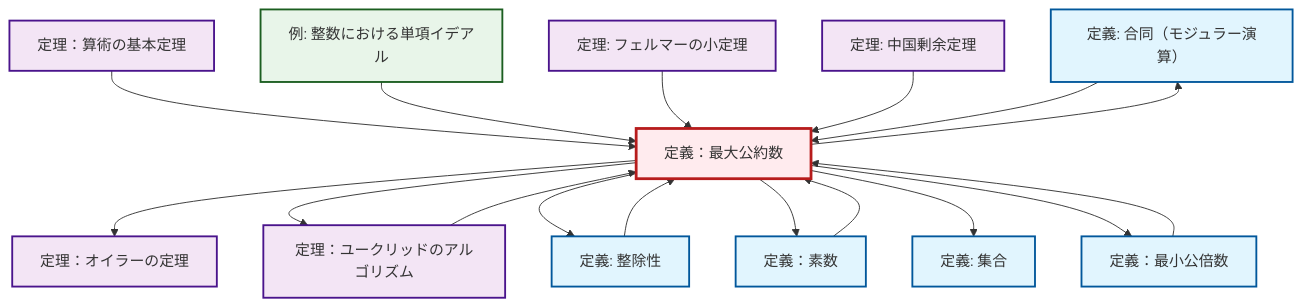
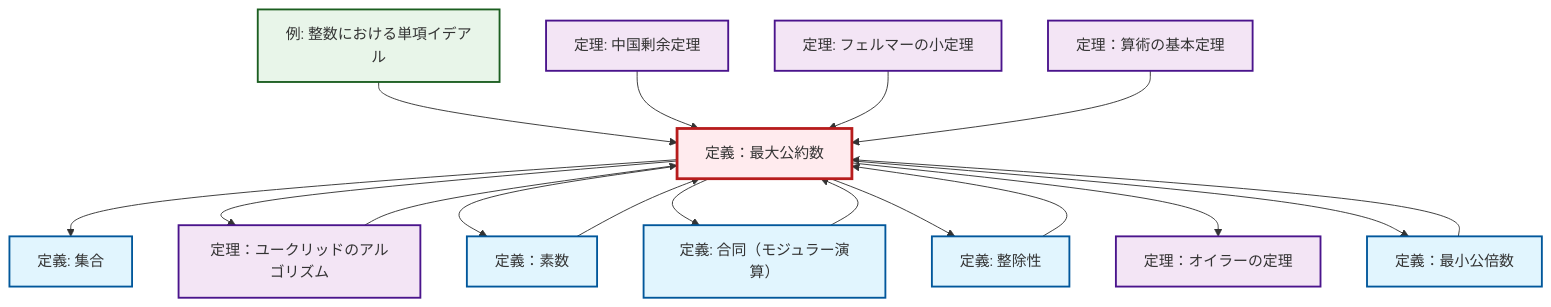
The second of 2 diagrams in content/ja/number-theory/def-gcd.qmd (RK0429/ModernMath), drawn with Mermaid before and after one commit. The commit also changed other lines of this file and 1012 other files, not shown here.

````diff
--- a/content/ja/number-theory/def-gcd.qmd
+++ b/content/ja/number-theory/def-gcd.qmd
@@ -94,49 +94,49 @@
 ```{mermaid}
 %%| fig-cap: "Local dependency graph"
 graph TD
     classDef definition fill:#e1f5fe,stroke:#01579b,stroke-width:2px
     classDef theorem fill:#f3e5f5,stroke:#4a148c,stroke-width:2px
     classDef axiom fill:#fff3e0,stroke:#e65100,stroke-width:2px
     classDef example fill:#e8f5e9,stroke:#1b5e20,stroke-width:2px
     classDef current fill:#ffebee,stroke:#b71c1c,stroke-width:3px
+    def-gcd["定義：最大公約数"]:::definition
     def-congruence["定義: 合同（モジュラー演算）"]:::definition
-    def-divisibility["定義: 整除性"]:::definition
-    def-set["定義: 集合"]:::definition
-    thm-fundamental-arithmetic["定理：算術の基本定理"]:::theorem
-    thm-euclidean-algorithm["定理：ユークリッドのアルゴリズム"]:::theorem
     thm-euler["定理：オイラーの定理"]:::theorem
     thm-chinese-remainder["定理: 中国剰余定理"]:::theorem
+    def-lcm["定義：最小公倍数"]:::definition
+    ex-principal-ideal["例: 整数における単項イデアル"]:::example
+    def-divisibility["定義: 整除性"]:::definition
+    thm-fundamental-arithmetic["定理：算術の基本定理"]:::theorem
+    def-set["定義: 集合"]:::definition
+    thm-euclidean-algorithm["定理：ユークリッドのアルゴリズム"]:::theorem
     thm-fermat-little["定理: フェルマーの小定理"]:::theorem
-    ex-principal-ideal["例: 整数における単項イデアル"]:::example
-    def-gcd["定義：最大公約数"]:::definition
-    def-lcm["定義：最小公倍数"]:::definition
     def-prime["定義：素数"]:::definition
+    def-gcd --> def-set
+    def-lcm --> def-gcd
+    ex-principal-ideal --> def-gcd
+    def-gcd --> thm-euclidean-algorithm
+    def-gcd --> def-prime
+    def-gcd --> def-congruence
+    def-gcd --> def-divisibility
+    thm-chinese-remainder --> def-gcd
+    thm-euclidean-algorithm --> def-gcd
+    def-congruence --> def-gcd
+    def-divisibility --> def-gcd
+    def-prime --> def-gcd
+    thm-fermat-little --> def-gcd
+    thm-fundamental-arithmetic --> def-gcd
     def-gcd --> thm-euler
-    thm-fundamental-arithmetic --> def-gcd
-    ex-principal-ideal --> def-gcd
-    thm-fermat-little --> def-gcd
-    def-gcd --> thm-euclidean-algorithm
-    def-gcd --> def-divisibility
-    def-lcm --> def-gcd
-    def-gcd --> def-prime
-    thm-chinese-remainder --> def-gcd
-    def-gcd --> def-set
-    thm-euclidean-algorithm --> def-gcd
-    def-gcd --> def-congruence
-    def-prime --> def-gcd
-    def-congruence --> def-gcd
     def-gcd --> def-lcm
-    def-divisibility --> def-gcd
     class def-gcd current
     click def-congruence "def-congruence.html" "合同（モジュラー演算）の定義へ"
-    click def-divisibility "def-divisibility.html" "整除性の定義へ"
-    click def-set "def-set.html" "集合の定義へ"
-    click thm-fundamental-arithmetic "thm-fundamental-arithmetic.html" "定理：算術の基本定理へ"
-    click thm-euclidean-algorithm "thm-euclidean-algorithm.html" "定理：ユークリッドのアルゴリズムへ"
     click thm-euler "thm-euler.html" "定理：オイラーの定理へ"
     click thm-chinese-remainder "thm-chinese-remainder.html" "中国剰余定理の定理へ"
+    click def-lcm "def-lcm.html" "定義：最小公倍数へ"
+    click ex-principal-ideal "ex-principal-ideal.html" "整数における単項イデアルの例へ"
+    click def-divisibility "def-divisibility.html" "整除性の定義へ"
+    click thm-fundamental-arithmetic "thm-fundamental-arithmetic.html" "定理：算術の基本定理へ"
+    click def-set "def-set.html" "集合の定義へ"
+    click thm-euclidean-algorithm "thm-euclidean-algorithm.html" "定理：ユークリッドのアルゴリズムへ"
     click thm-fermat-little "thm-fermat-little.html" "フェルマーの小定理の定理へ"
-    click ex-principal-ideal "ex-principal-ideal.html" "整数における単項イデアルの例へ"
-    click def-lcm "def-lcm.html" "定義：最小公倍数へ"
     click def-prime "def-prime.html" "定義：素数へ"
 ```
````
